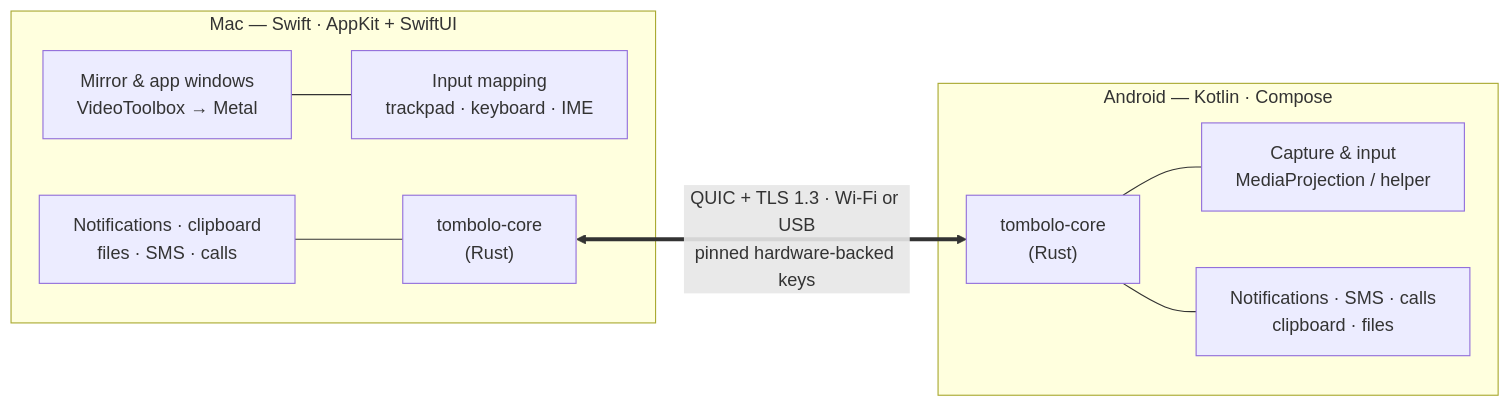
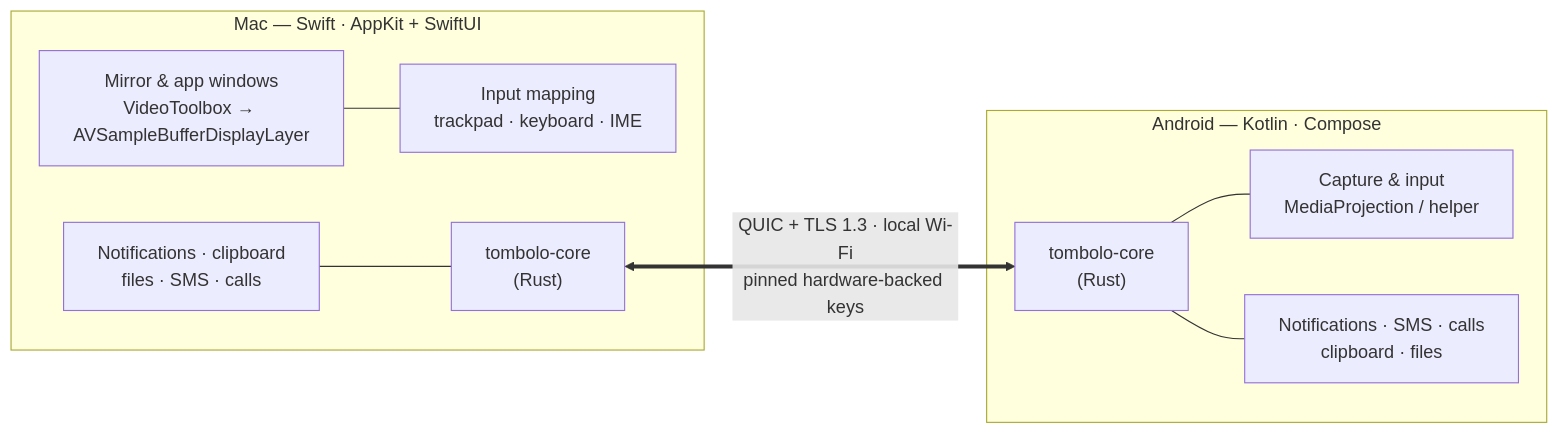
Before and after one commit to SaidulBadhon/tombolo: the diagram in README.md, drawn with Mermaid. The commit also changed other lines of this file and 7 other files, not shown here.

First line of the commit message:
Re-plan A2: roadmap, READMEs and research notes for Standard mode first

````diff
--- a/README.md
+++ b/README.md
@@ -55,12 +58,12 @@
 ```mermaid
 flowchart LR
   subgraph Mac["Mac — Swift · AppKit + SwiftUI"]
-    W["Mirror & app windows<br/>VideoToolbox → Metal"] --- I["Input mapping<br/>trackpad · keyboard · IME"]
+    W["Mirror & app windows<br/>VideoToolbox → AVSampleBufferDisplayLayer"] --- I["Input mapping<br/>trackpad · keyboard · IME"]
     N["Notifications · clipboard<br/>files · SMS · calls"] --- C1["tombolo-core<br/>(Rust)"]
   end
   subgraph Phone["Android — Kotlin · Compose"]
     C2["tombolo-core<br/>(Rust)"] --- S["Capture & input<br/>MediaProjection / helper"]
     C2 --- P["Notifications · SMS · calls<br/>clipboard · files"]
   end
-  C1 <== "QUIC + TLS 1.3 · Wi-Fi or USB<br/>pinned hardware-backed keys" ==> C2
+  C1 <== "QUIC + TLS 1.3 · local Wi-Fi<br/>pinned hardware-backed keys" ==> C2
 ```
````
